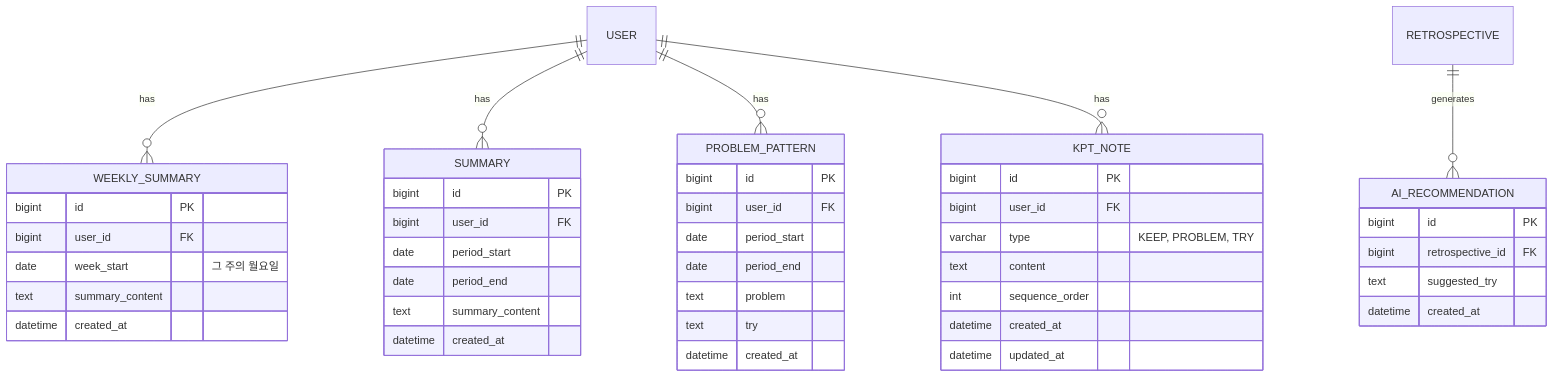
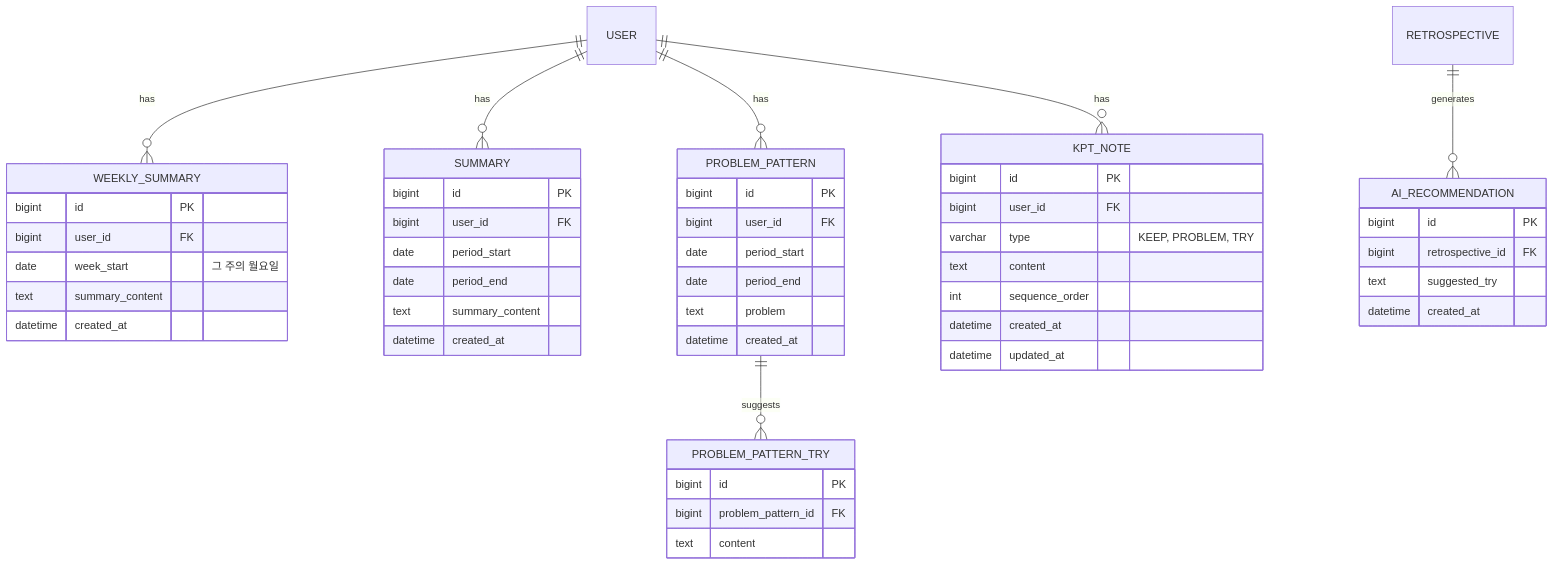
One commit to rnk00/retrospection changed the second of 2 diagrams in docs/02. erd.md. Above: the diagram before and after it, drawn with Mermaid. The commit also changed other lines of this file and 19 other files, not shown here.

````diff
--- a/docs/02. erd.md
+++ b/docs/02. erd.md
@@ -555,52 +602,58 @@
 ```mermaid
 erDiagram
     USER ||--o{ WEEKLY_SUMMARY : has
     USER ||--o{ SUMMARY : has
     USER ||--o{ PROBLEM_PATTERN : has
     USER ||--o{ KPT_NOTE : has
     RETROSPECTIVE ||--o{ AI_RECOMMENDATION : generates
+    PROBLEM_PATTERN ||--o{ PROBLEM_PATTERN_TRY : suggests
 
     KPT_NOTE {
         bigint id PK
         bigint user_id FK
         varchar type "KEEP, PROBLEM, TRY"
         text content
         int sequence_order
         datetime created_at
         datetime updated_at
     }
 
     AI_RECOMMENDATION {
         bigint id PK
         bigint retrospective_id FK
         text suggested_try
         datetime created_at
     }
 
     WEEKLY_SUMMARY {
         bigint id PK
         bigint user_id FK
         date week_start "그 주의 월요일"
         text summary_content
         datetime created_at
     }
 
     SUMMARY {
         bigint id PK
         bigint user_id FK
         date period_start
         date period_end
         text summary_content
         datetime created_at
     }
 
     PROBLEM_PATTERN {
         bigint id PK
         bigint user_id FK
         date period_start
         date period_end
         text problem
-        text try
         datetime created_at
     }
+
+    PROBLEM_PATTERN_TRY {
+        bigint id PK
+        bigint problem_pattern_id FK
+        text content
+    }
 ```
````
